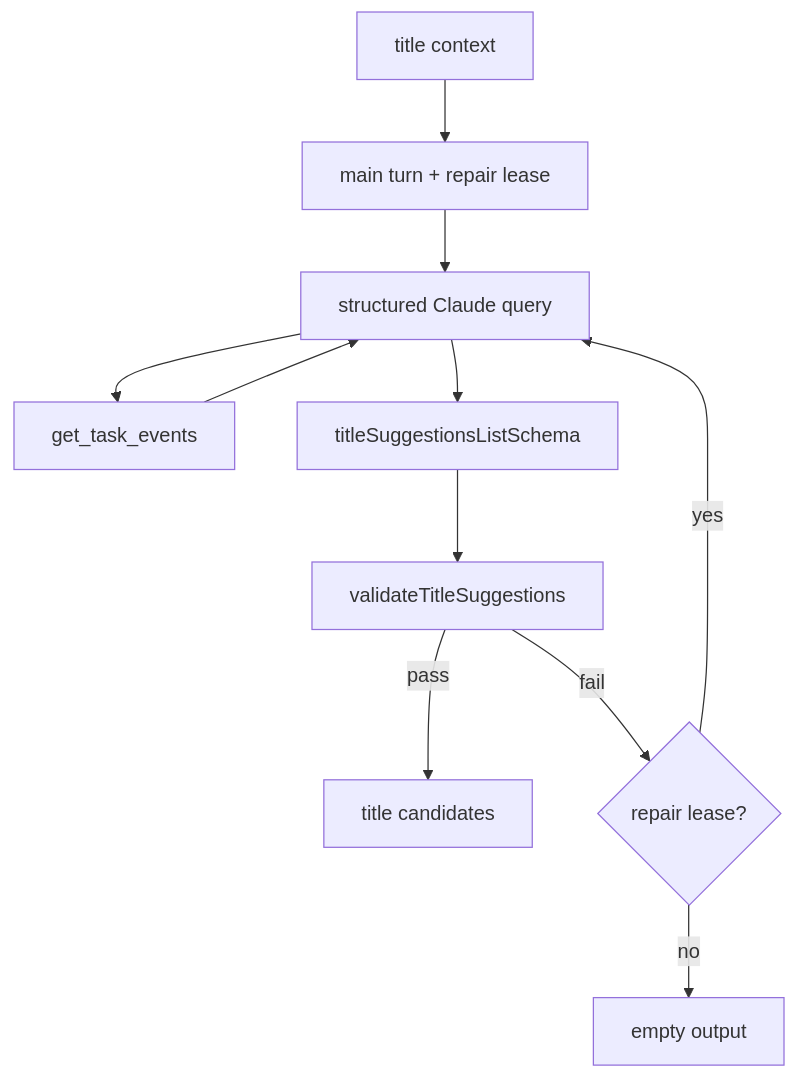
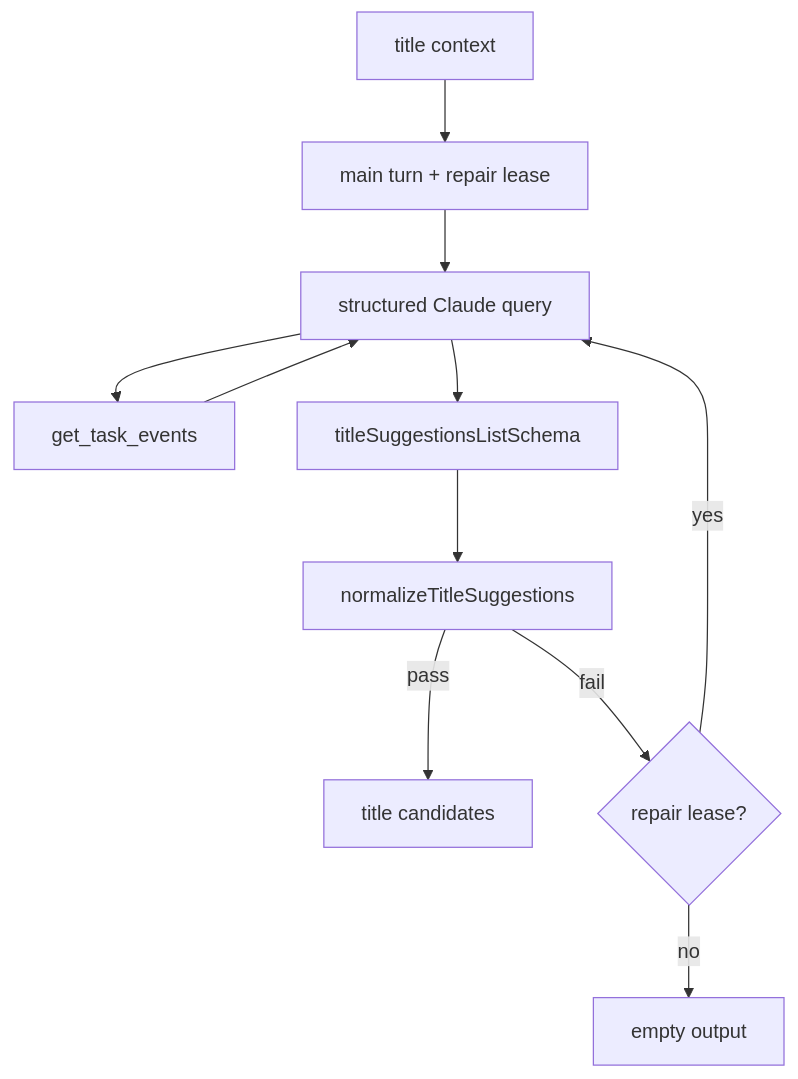
Before and after one commit to agent-tracer/tracer-agent-ts: the fourth of 5 diagrams in services/agent-worker/src/domain/title/README.md, drawn with Mermaid. The commit also changed other lines of this file and 4 other files, not shown here.

````diff
--- a/services/agent-worker/src/domain/title/README.md
+++ b/services/agent-worker/src/domain/title/README.md
@@ -98,13 +98,13 @@
 ```mermaid
 flowchart TD
     INPUT[title context] --> BUDGET[main turn + repair lease]
     BUDGET --> RUN[structured Claude query]
     RUN --> TOOL[get_task_events]
     TOOL --> RUN
     RUN --> ZOD[titleSuggestionsListSchema]
-    ZOD --> DOMAIN[validateTitleSuggestions]
+    ZOD --> DOMAIN[normalizeTitleSuggestions]
     DOMAIN -->|pass| RESULT[title candidates]
     DOMAIN -->|fail| REPAIR{repair lease?}
     REPAIR -- yes --> RUN
     REPAIR -- no --> EMPTY[empty output]
 ```
````
